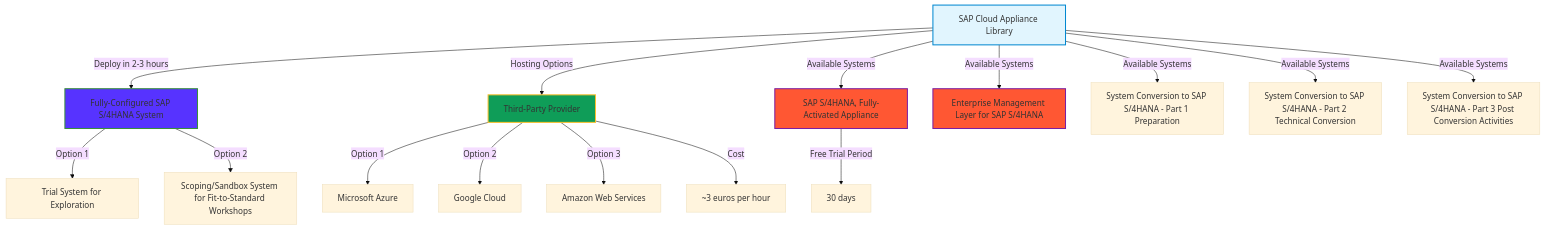
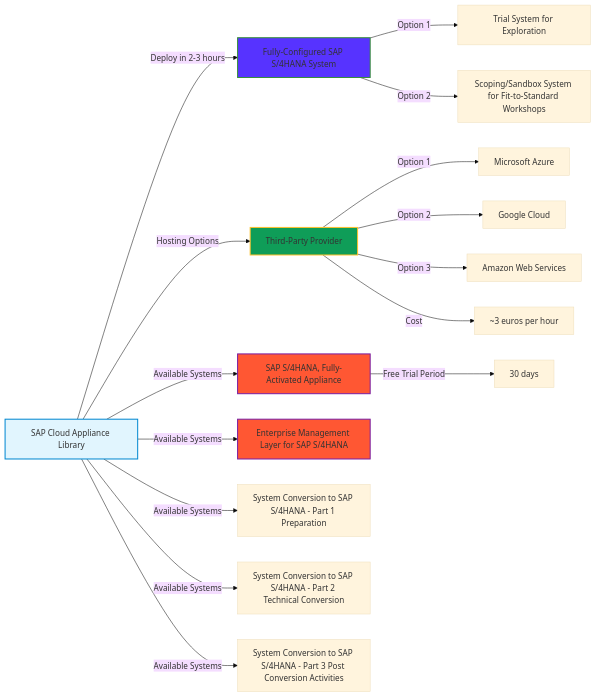
One commit to sapflashcards/S4CPE changed the diagram in sandbox-deployment.md. Above: the diagram before and after it, drawn with Mermaid (base theme).

````diff
--- a/sandbox-deployment.md
+++ b/sandbox-deployment.md
@@ -1,27 +1,27 @@
 ```mermaid
-flowchart TB
+flowchart LR
     A[SAP Cloud Appliance Library] -->|Deploy in 2-3 hours| B[Fully-Configured SAP S/4HANA System]
     
     B -->|Option 1| C[Trial System for Exploration]
     B -->|Option 2| D[Scoping/Sandbox System for Fit-to-Standard Workshops]
     
     A -->|Hosting Options| E[Third-Party Provider]
     E -->|Option 1| F[Microsoft Azure]
     E -->|Option 2| G[Google Cloud]
     E -->|Option 3| H[Amazon Web Services]
     E -->|Cost| I[~3 euros per hour]
     
     A -->|Available Systems| J[SAP S/4HANA, Fully-Activated Appliance]
     A -->|Available Systems| K[Enterprise Management Layer for SAP S/4HANA]
     A -->|Available Systems| L[System Conversion to SAP S/4HANA - Part 1 Preparation]
     A -->|Available Systems| M[System Conversion to SAP S/4HANA - Part 2 Technical Conversion]
     A -->|Available Systems| N[System Conversion to SAP S/4HANA - Part 3 Post Conversion Activities]
     
     J -->|Free Trial Period| O[30 days]
     
     style A fill:#e1f5fe,stroke:#0288d1,stroke-width:2px
     style B fill:#5733FF,stroke:#388e3c,stroke-width:2px
     style E fill:#0F9D58 ,stroke:#fbc02d,stroke-width:2px
     style J fill:#FF5733,stroke:#7b1fa2,stroke-width:2px
     style K fill:#FF5733,stroke:#7b1fa2,stroke-width:2px
 ```
````
